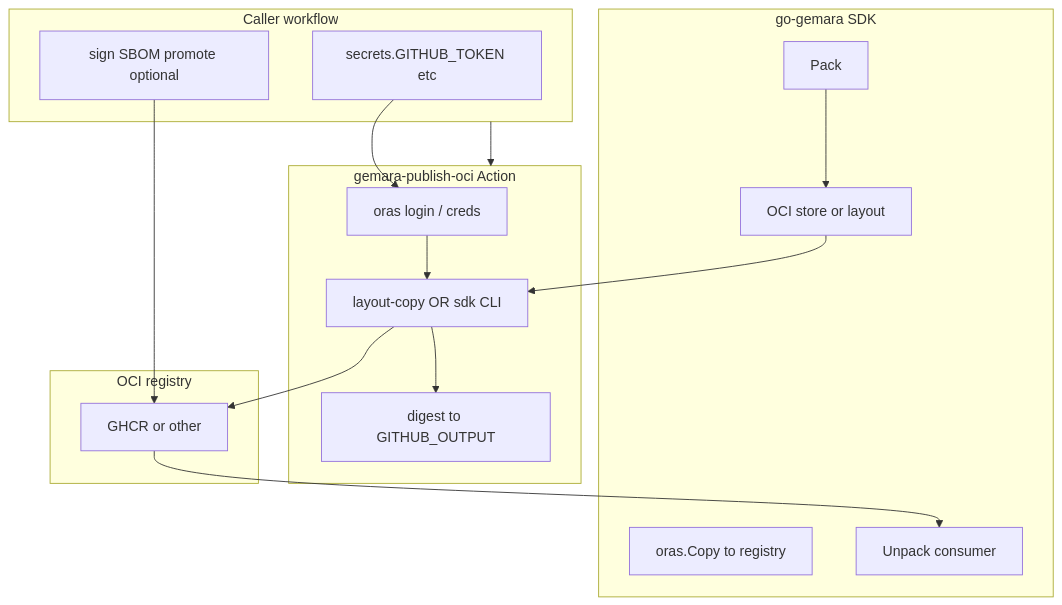
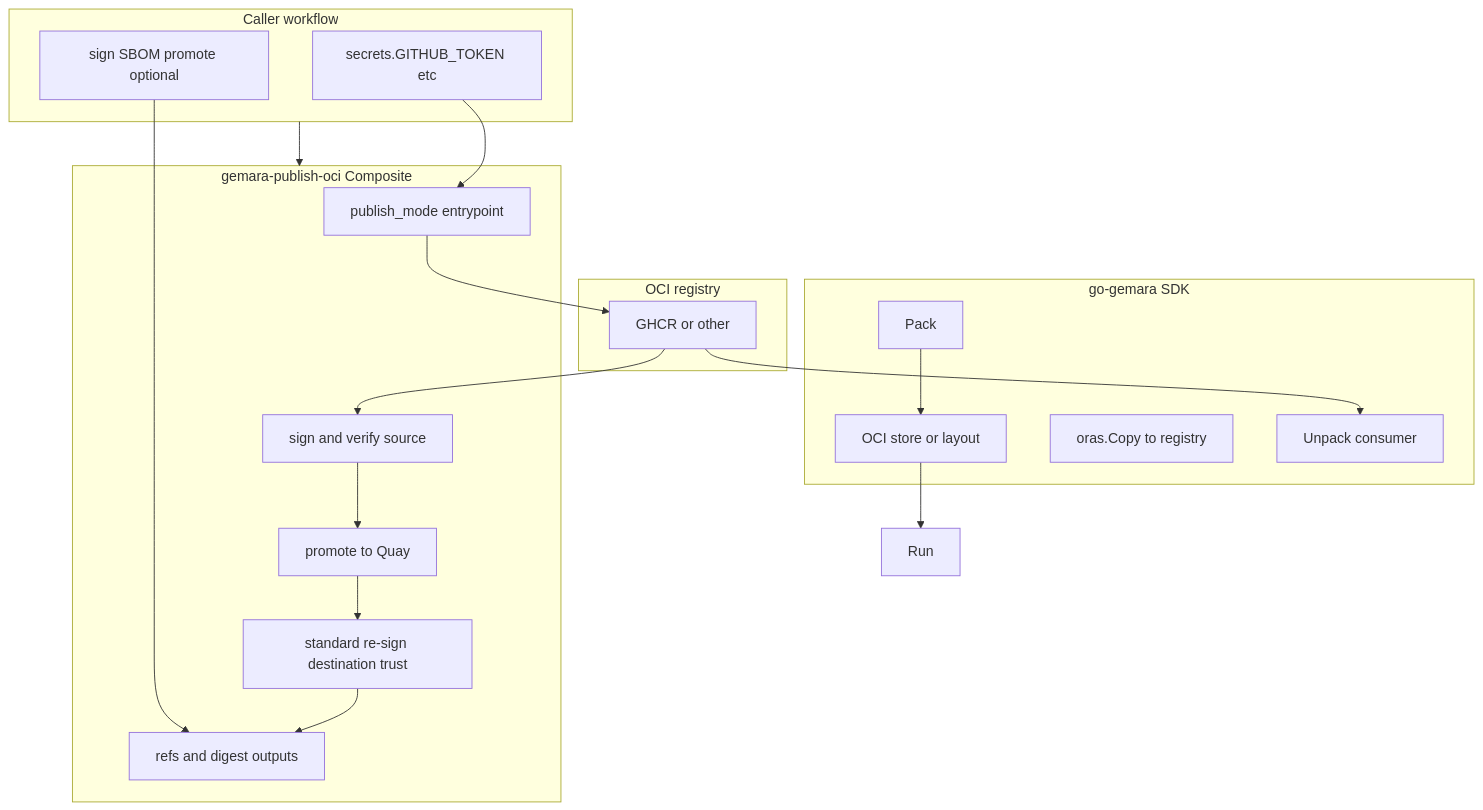
The diagram in docs/DESIGN-FOR-REVIEW.md (sonupreetam/gemara-publish-oci), drawn with Mermaid before and after one commit. The commit also changed other lines of this file and 4 other files, not shown here.

````diff
--- a/docs/DESIGN-FOR-REVIEW.md
+++ b/docs/DESIGN-FOR-REVIEW.md
@@ -51,30 +52,34 @@
 ```mermaid
 flowchart TB
   subgraph sdk [go-gemara SDK]
     Pack[Pack]
     Store[OCI store or layout]
     Copy[oras.Copy to registry]
     Unpack[Unpack consumer]
   end
-  subgraph action [gemara-publish-oci Action]
-    Login[oras login / creds]
-    Run[layout-copy OR sdk CLI]
-    Out[digest to GITHUB_OUTPUT]
+  subgraph action [gemara-publish-oci Composite]
+    Publish[publish_mode entrypoint]
+    SignSrc[sign and verify source]
+    Promote[promote to Quay]
+    Trust[standard re-sign destination trust]
+    Out[refs and digest outputs]
   end
   subgraph ci [Caller workflow]
     Secrets[secrets.GITHUB_TOKEN etc]
     Later[sign SBOM promote optional]
   end
   subgraph reg [OCI registry]
     GHCR[GHCR or other]
   end
   Pack --> Store
   Store --> Run
-  Login --> Run
-  Run --> GHCR
-  Run --> Out
-  Secrets --> Login
+  Publish --> GHCR
+  GHCR --> SignSrc
+  SignSrc --> Promote
+  Promote --> Trust
+  Trust --> Out
+  Secrets --> Publish
   GHCR --> Unpack
   ci --> action
-  Later --> GHCR
+  Later --> Out
 ```
````
